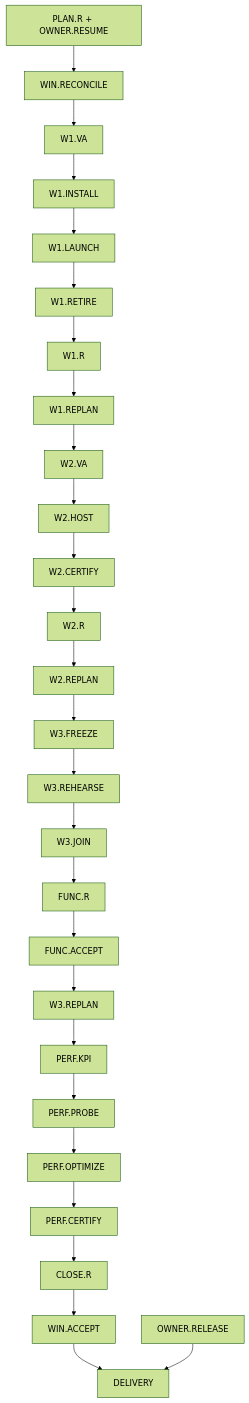
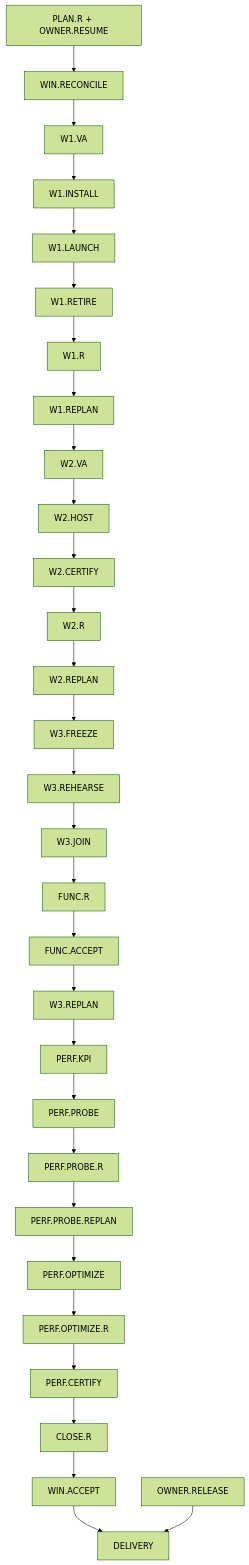
One commit to lsheng2/metrics changed the diagram in openspec/changes/embed-ai-base-runtime-in-process/windows-close-plan.md. Above: the diagram before and after it, drawn with Mermaid (forest theme). The commit also changed other lines of this file and 8 other files, not shown here.

````diff
--- a/openspec/changes/embed-ai-base-runtime-in-process/windows-close-plan.md
+++ b/openspec/changes/embed-ai-base-runtime-in-process/windows-close-plan.md
@@ -163,15 +166,16 @@
 ```mermaid
 flowchart TD
   P["PLAN.R + OWNER.RESUME"] --> A[WIN.RECONCILE]
   A --> B[W1.VA] --> C[W1.INSTALL] --> D[W1.LAUNCH]
   D --> E[W1.RETIRE] --> F[W1.R] --> G[W1.REPLAN]
   G --> H[W2.VA] --> I[W2.HOST] --> J[W2.CERTIFY]
   J --> K[W2.R] --> L[W2.REPLAN] --> M[W3.FREEZE]
   M --> N[W3.REHEARSE] --> O[W3.JOIN] --> FR[FUNC.R]
   FR --> FA[FUNC.ACCEPT] --> RP[W3.REPLAN] --> PK[PERF.KPI]
-  PK --> PP[PERF.PROBE] --> PO[PERF.OPTIMIZE] --> PC[PERF.CERTIFY]
+  PK --> PP[PERF.PROBE] --> PPR[PERF.PROBE.R] --> PPRP[PERF.PROBE.REPLAN]
+  PPRP --> PO[PERF.OPTIMIZE] --> POR[PERF.OPTIMIZE.R] --> PC[PERF.CERTIFY]
   PC --> Q[CLOSE.R]
   Q --> R[WIN.ACCEPT]
   R --> S[DELIVERY]
   T[OWNER.RELEASE] --> S
 ```
````
